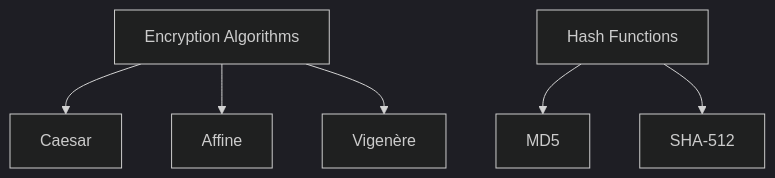
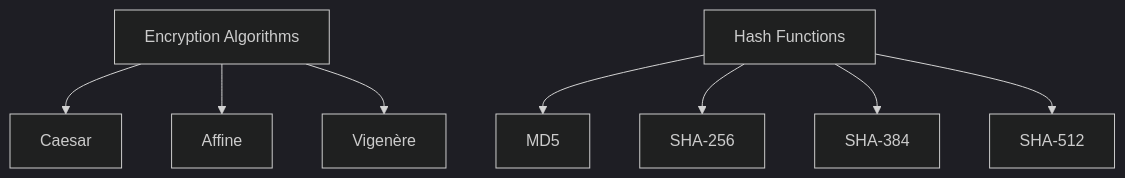
One commit to GEPD2/encryption_app changed the diagram in README.md. Above: the diagram before and after it, drawn with Mermaid (dark theme). The commit also changed other lines of this file, not shown here.

````diff
--- a/README.md
+++ b/README.md
@@ -76,8 +77,10 @@
 ```mermaid
 graph TD
     A[Encryption Algorithms] --> B[Caesar]
     A --> C[Affine]
     A --> D[Vigenère]
     E[Hash Functions] --> F[MD5]
-    E --> G[SHA-512]
+    E --> G[SHA-256]
+    E --> H[SHA-384]
+    E --> I[SHA-512]
 ```
````
